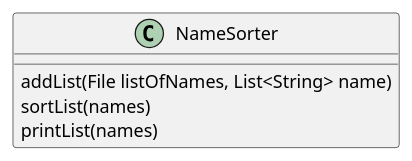
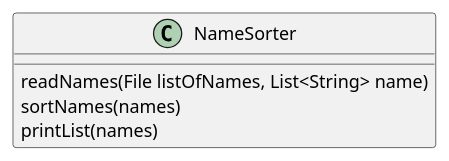
The diagram in src/main/java/assignment3/ex41/ex41.puml (Sonxaj/turner-cop3330-assignment3), drawn with PlantUML before and after one commit.

Commit message:
Finished ex41

```diff
--- a/src/main/java/assignment3/ex41/ex41.puml
+++ b/src/main/java/assignment3/ex41/ex41.puml
@@ -1,9 +1,9 @@
 @startuml
 class NameSorter{
 
-    addList(File listOfNames, List<String> name)
-    sortList(names)
+    readNames(File listOfNames, List<String> name)
+    sortNames(names)
     printList(names)
 
 }
 @enduml
```
